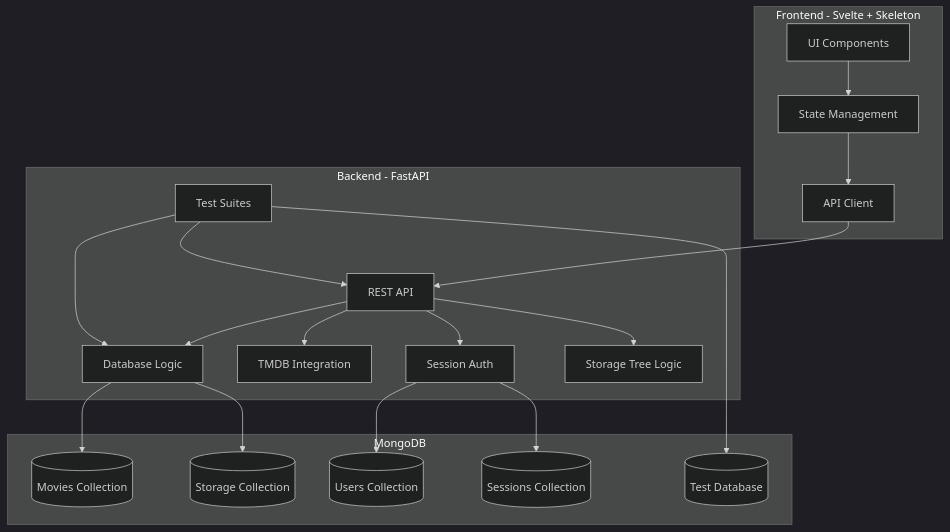
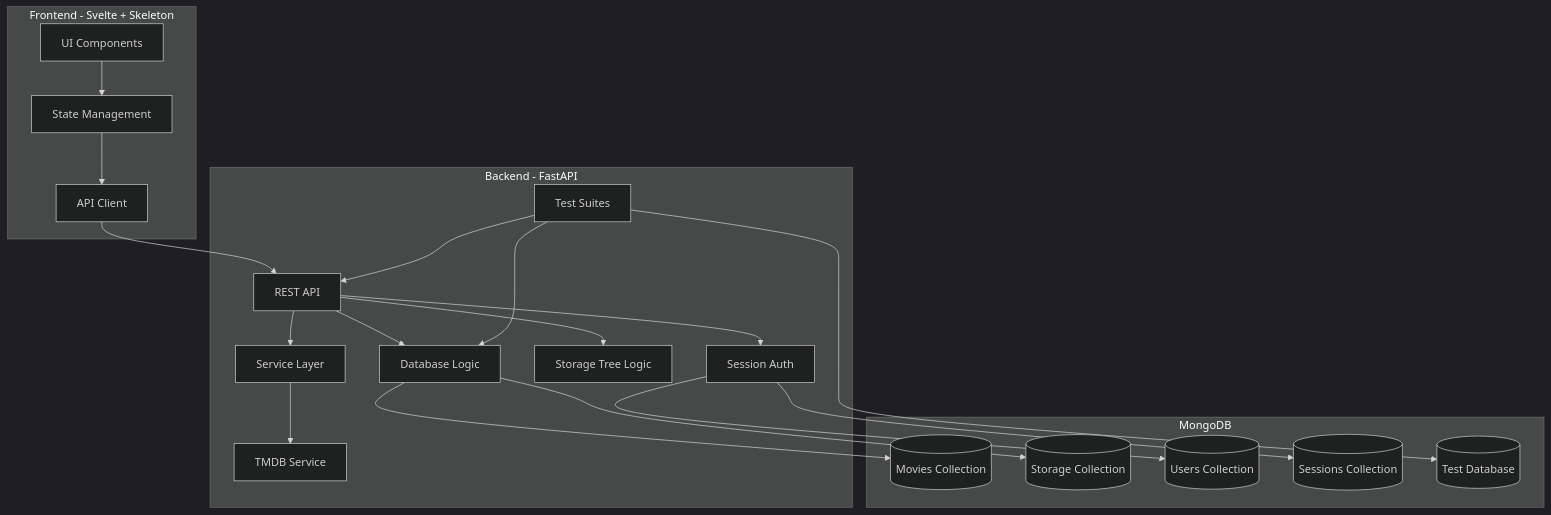
One commit to trekie86/media-manager changed the first of 10 diagrams in memory-bank/systemPatterns.md. Above: the diagram before and after it, drawn with Mermaid (dark theme). The commit also changed other lines of this file and 9 other files, not shown here.

First line of the commit message:
feat: Complete TMDB integration with professional service architecture

````diff
--- a/memory-bank/systemPatterns.md
+++ b/memory-bank/systemPatterns.md
@@ -5,40 +5,42 @@
 ```mermaid
 graph TB
     subgraph Frontend [Frontend - Svelte + Skeleton]
         UI[UI Components]
         State[State Management]
         API_Client[API Client]
     end
 
     subgraph Backend [Backend - FastAPI]
         API[REST API]
         Auth[Session Auth]
-        TMDB[TMDB Integration]
+        TMDB[TMDB Service]
         DB_Logic[Database Logic]
         Tests[Test Suites]
         StorageTree[Storage Tree Logic]
+        Services[Service Layer]
     end
 
     subgraph Database [MongoDB]
         Movies[(Movies Collection)]
         Storage[(Storage Collection)]
         Users[(Users Collection)]
         Sessions[(Sessions Collection)]
         TestDB[(Test Database)]
     end
 
     UI --> State
     State --> API_Client
     API_Client --> API
     API --> Auth
-    API --> TMDB
+    API --> Services
+    Services --> TMDB
     API --> DB_Logic
     API --> StorageTree
     DB_Logic --> Movies
     DB_Logic --> Storage
     Auth --> Users
     Auth --> Sessions
     Tests --> API
     Tests --> DB_Logic
     Tests --> TestDB
 ```
````
